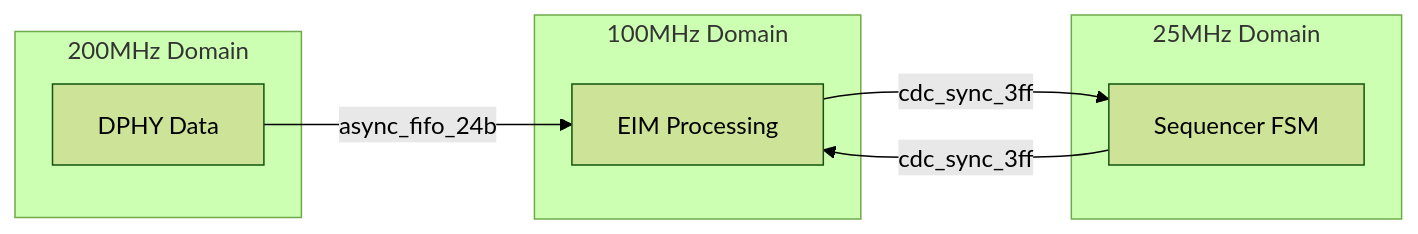
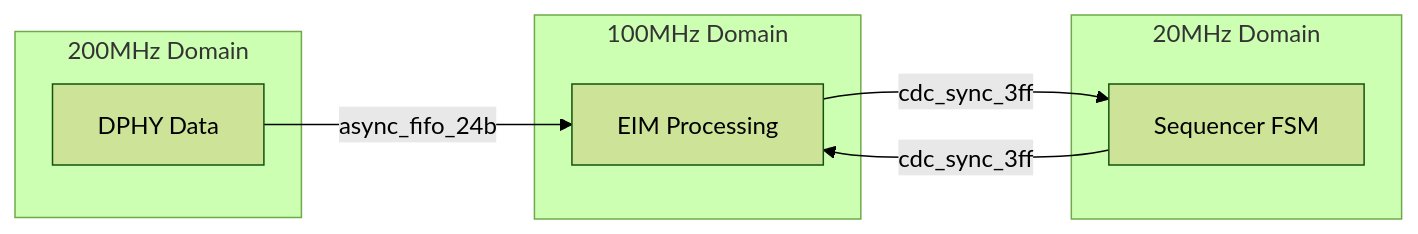
Before and after one commit to holee9/cyan-fpga-v25: the second of 3 diagrams in doc/TIMING_GUIDE.md, drawn with Mermaid (forest theme). The commit also changed other lines of this file and 7 other files, not shown here.

````diff
--- a/doc/TIMING_GUIDE.md
+++ b/doc/TIMING_GUIDE.md
@@ -294,18 +294,18 @@
 ```mermaid
 graph LR
     subgraph "200MHz Domain"
         A[DPHY Data]
     end
 
     subgraph "100MHz Domain"
         B[EIM Processing]
     end
 
-    subgraph "25MHz Domain"
+    subgraph "20MHz Domain"
         C[Sequencer FSM]
     end
 
     A -->|async_fifo_24b| B
     B -->|cdc_sync_3ff| C
     C -->|cdc_sync_3ff| B
 ```
````
